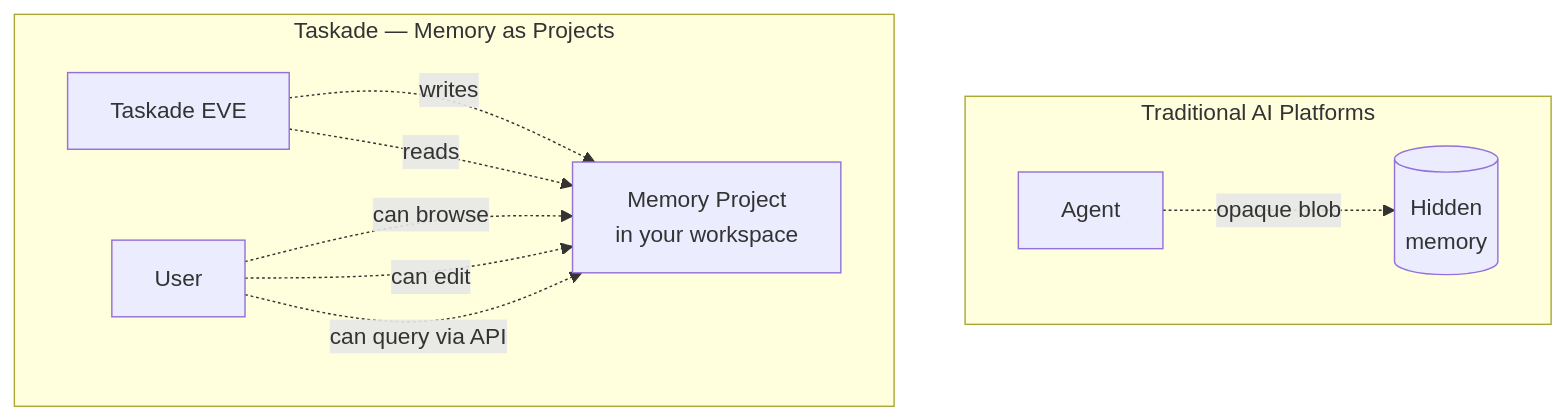
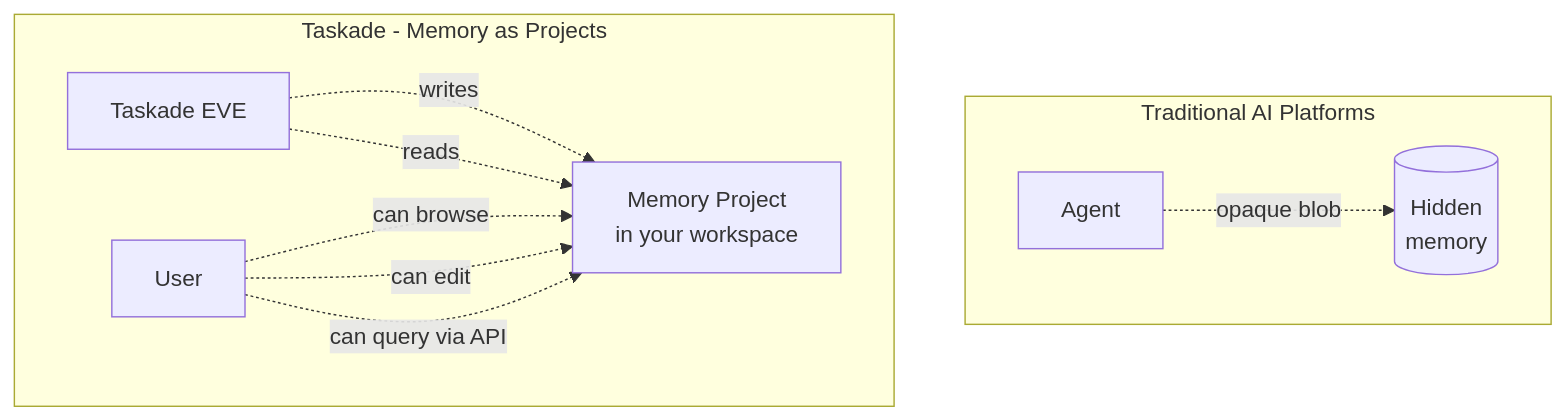
One commit to taskade/docs changed the diagram in apis-living-system-development/long-term-memory.md. Above: the diagram before and after it, drawn with Mermaid. The commit also changed other lines of this file and 99 other files, not shown here.

````diff
--- a/apis-living-system-development/long-term-memory.md
+++ b/apis-living-system-development/long-term-memory.md
@@ -35,18 +31,18 @@
 ```mermaid
 graph TB
     subgraph "Traditional AI Platforms"
         A1[Agent] -.->|opaque blob| M1[(Hidden<br/>memory)]
     end
 
-    subgraph "Taskade — Memory as Projects"
+    subgraph "Taskade - Memory as Projects"
         A2[Taskade EVE]
         M2[Memory Project<br/>in your workspace]
         U2[User]
 
         A2 -.writes.-> M2
         A2 -.reads.-> M2
         U2 -.can browse.-> M2
         U2 -.can edit.-> M2
         U2 -.can query via API.-> M2
     end
 ```
````
